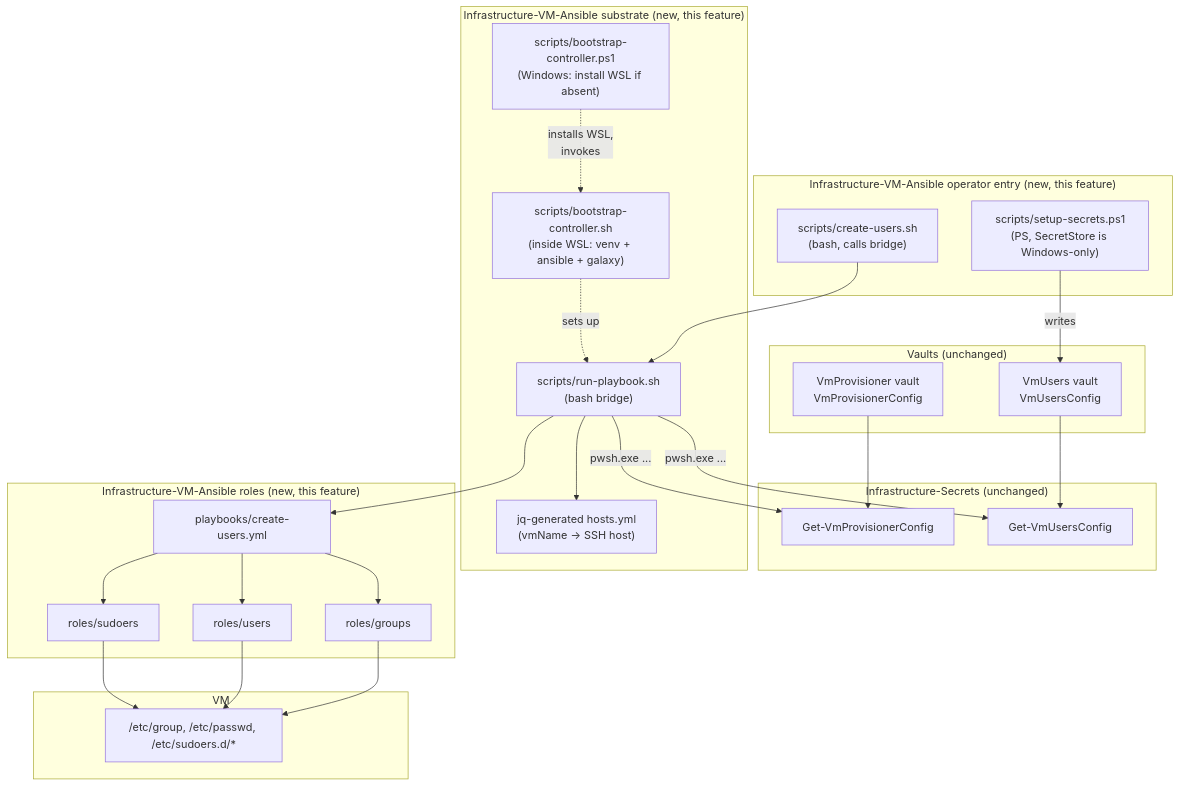
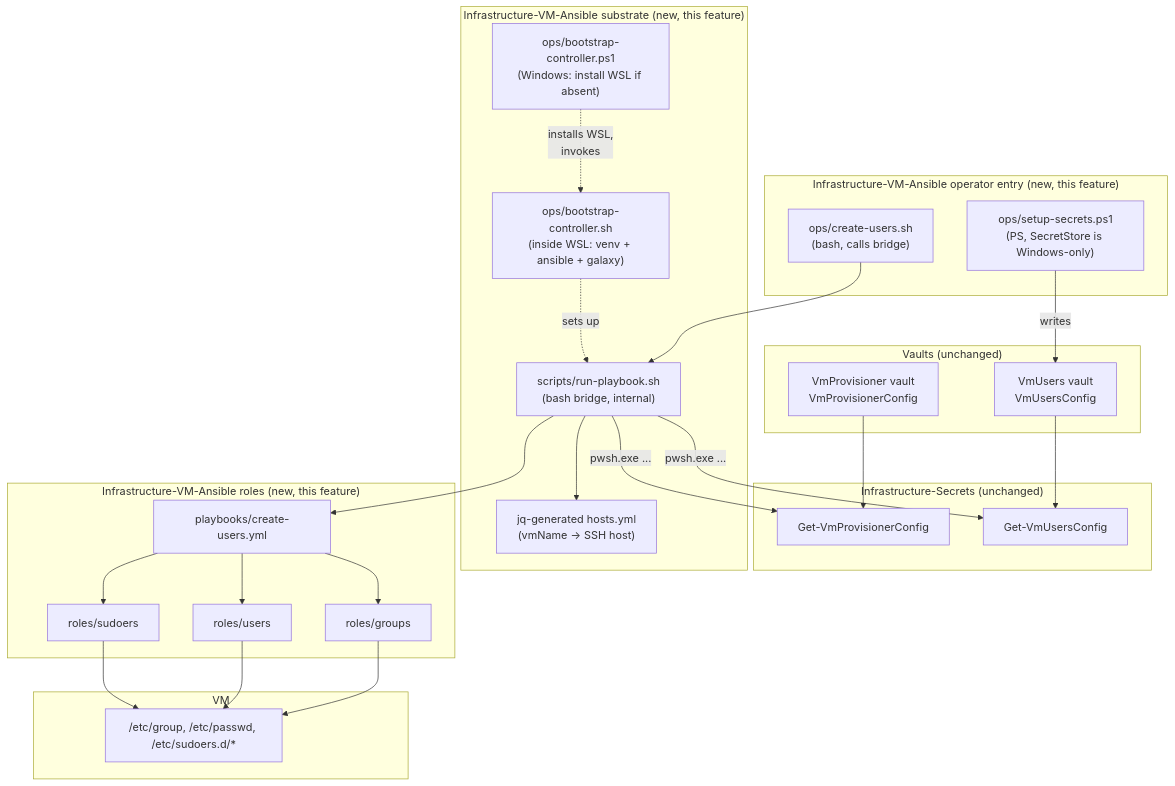
Before and after one commit to Klark-Morrigan/Infrastructure-Vm-Ansible: the first of 2 diagrams in docs/dev/implementation/02-groups-users-sudoers-creation/problem.md, drawn with Mermaid. The commit also changed other lines of this file and 1 other file, not shown here.

````diff
--- a/docs/dev/implementation/02-groups-users-sudoers-creation/problem.md
+++ b/docs/dev/implementation/02-groups-users-sudoers-creation/problem.md
@@ -236,52 +238,52 @@
 ```mermaid
 graph TD
     subgraph Vaults ["Vaults (unchanged)"]
         PV["VmProvisioner vault\nVmProvisionerConfig"]
         UV["VmUsers vault\nVmUsersConfig"]
     end
 
     subgraph Secrets ["Infrastructure-Secrets (unchanged)"]
         GETPC["Get-VmProvisionerConfig"]
         GETUC["Get-VmUsersConfig"]
     end
 
     subgraph Entry ["Infrastructure-VM-Ansible operator entry (new, this feature)"]
-        SH["scripts/create-users.sh\n(bash, calls bridge)"]
-        SS["scripts/setup-secrets.ps1\n(PS, SecretStore is Windows-only)"]
+        SH["ops/create-users.sh\n(bash, calls bridge)"]
+        SS["ops/setup-secrets.ps1\n(PS, SecretStore is Windows-only)"]
     end
 
     subgraph Substrate ["Infrastructure-VM-Ansible substrate (new, this feature)"]
-        BOOTPS["scripts/bootstrap-controller.ps1\n(Windows: install WSL if absent)"]
-        BOOT["scripts/bootstrap-controller.sh\n(inside WSL: venv + ansible + galaxy)"]
-        BR["scripts/run-playbook.sh\n(bash bridge)"]
+        BOOTPS["ops/bootstrap-controller.ps1\n(Windows: install WSL if absent)"]
+        BOOT["ops/bootstrap-controller.sh\n(inside WSL: venv + ansible + galaxy)"]
+        BR["scripts/run-playbook.sh\n(bash bridge, internal)"]
         INV["jq-generated hosts.yml\n(vmName -> SSH host)"]
     end
 
     subgraph Roles ["Infrastructure-VM-Ansible roles (new, this feature)"]
         GR["roles/groups"]
         UR["roles/users"]
         SR["roles/sudoers"]
         PB["playbooks/create-users.yml"]
     end
 
     subgraph Guest ["VM"]
         OS["/etc/group, /etc/passwd, /etc/sudoers.d/*"]
     end
 
     PV --> GETPC
     UV --> GETUC
     SS -->|"writes"| UV
     SH --> BR
     BR -->|"pwsh.exe ..."| GETPC
     BR -->|"pwsh.exe ..."| GETUC
     BOOTPS -.->|"installs WSL,\ninvokes"| BOOT
     BOOT -.->|"sets up"| BR
     BR --> INV
     BR --> PB
     PB --> GR
     PB --> UR
     PB --> SR
     GR --> OS
     UR --> OS
     SR --> OS
 ```
````
